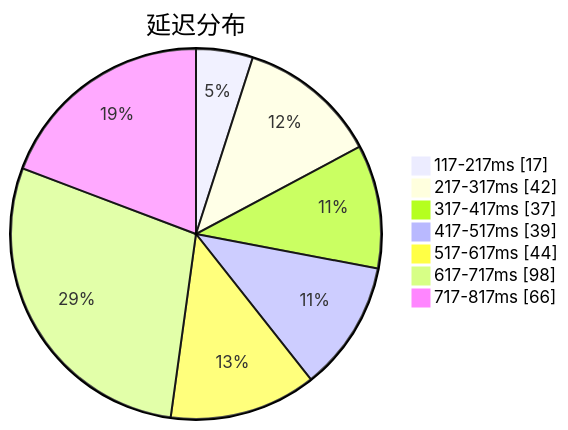
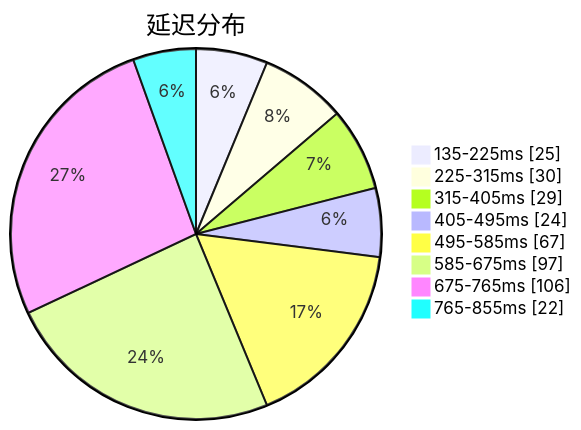
One commit to qjlxg/airport changed the first of 3 diagrams in subs/statistics/tested_within.md. Above: the diagram before and after it, drawn with Mermaid. The commit also changed other lines of this file and 2 other files, not shown here.

Commit message:
Tested by metaST

````diff
--- a/subs/statistics/tested_within.md
+++ b/subs/statistics/tested_within.md
@@ -2,11 +2,12 @@
 ```mermaid
 pie showData
 title 延迟分布
-"117-217ms" : 17
-"217-317ms" : 42
-"317-417ms" : 37
-"417-517ms" : 39
-"517-617ms" : 44
-"617-717ms" : 98
-"717-817ms" : 66
+"135-225ms" : 25
+"225-315ms" : 30
+"315-405ms" : 29
+"405-495ms" : 24
+"495-585ms" : 67
+"585-675ms" : 97
+"675-765ms" : 106
+"765-855ms" : 22
 ```
````
